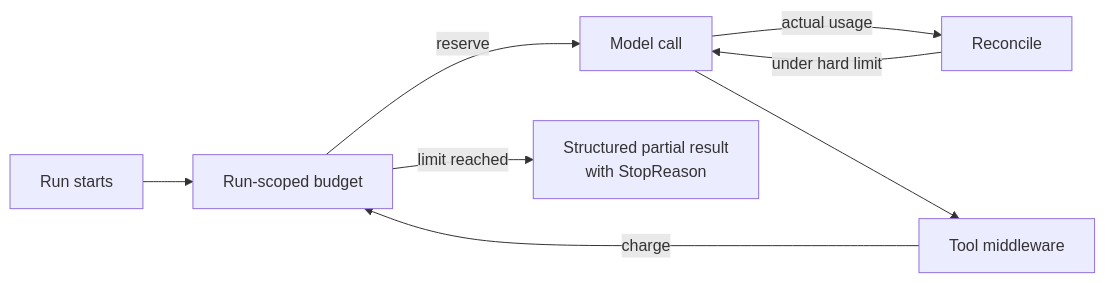
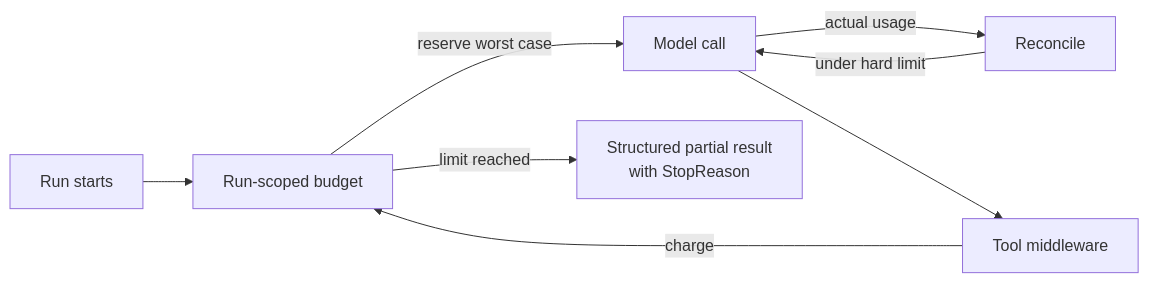
The diagram in PatternExplorer/patterns/BoundedExecution.md (arst/agentic-patterns), drawn with Mermaid before and after one commit. The commit also changed other lines of this file and 4 other files, not shown here.

````diff
--- a/PatternExplorer/patterns/BoundedExecution.md
+++ b/PatternExplorer/patterns/BoundedExecution.md
@@ -37,10 +39,10 @@
 ```mermaid
 flowchart LR
     R[Run starts] --> B[Run-scoped budget]
-    B -->|reserve| M[Model call]
+    B -->|reserve worst case| M[Model call]
     M -->|actual usage| C[Reconcile]
     M --> T[Tool middleware]
     T -->|charge| B
     C -->|under hard limit| M
     B -->|limit reached| S[Structured partial result<br/>with StopReason]
 ```
````
